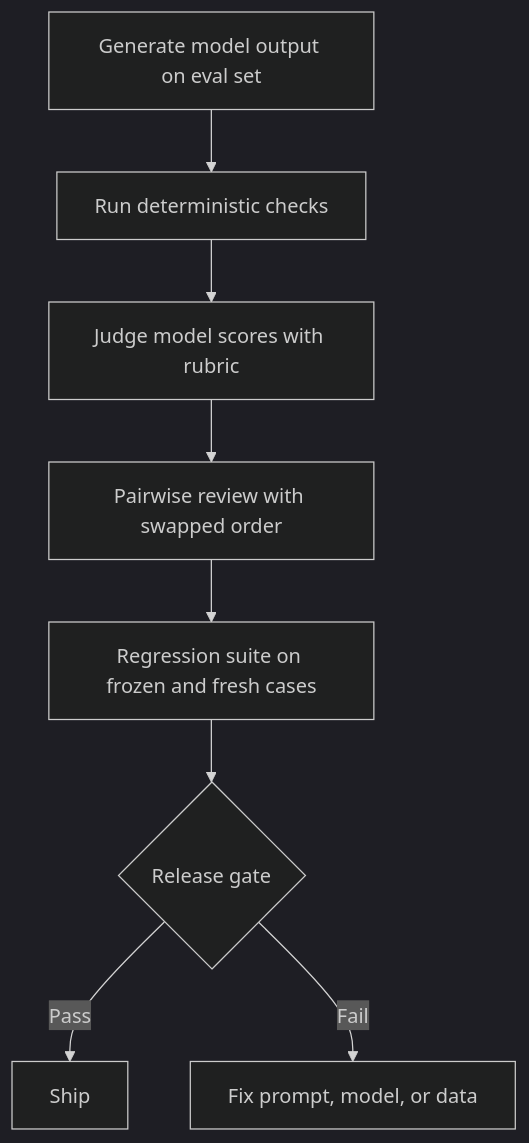
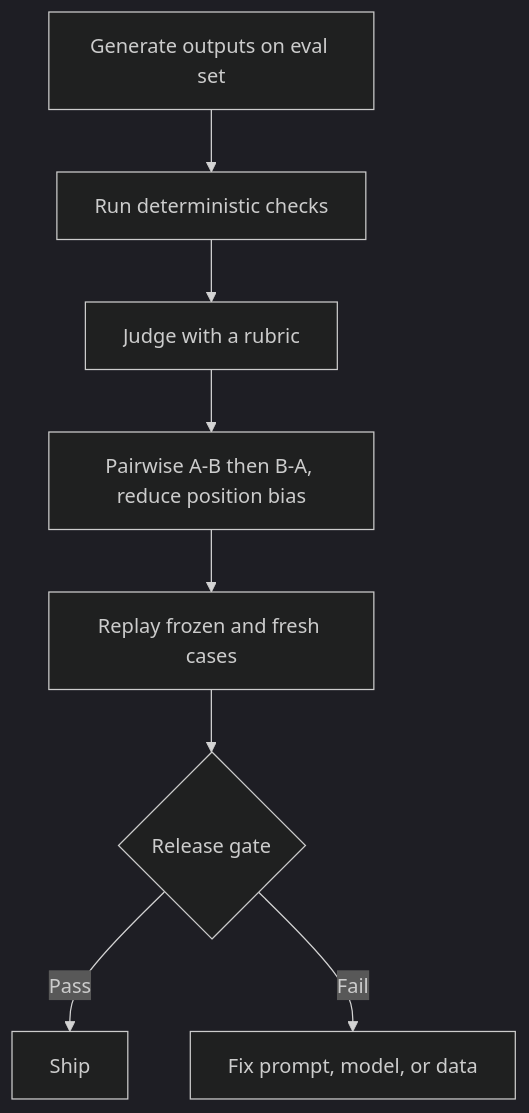
Before and after one commit to grasdouble/sebastien-lemouillour.fr: the diagram in packages/parcels/learn/src/data/content/ia-llm/understanding-llms/automated-llm-evaluation.en.md, drawn with Mermaid (dark theme). The commit also changed other lines of this file and 67 other files, not shown here.

````diff
--- a/packages/parcels/learn/src/data/content/ia-llm/understanding-llms/automated-llm-evaluation.en.md
+++ b/packages/parcels/learn/src/data/content/ia-llm/understanding-llms/automated-llm-evaluation.en.md
@@ -14,10 +14,10 @@
 ```mermaid
 flowchart TD
-  A[Generate model output on eval set] --> B[Run deterministic checks]
-  B --> C[Judge model scores with rubric]
-  C --> D[Pairwise review with swapped order]
-  D --> E[Regression suite on frozen and fresh cases]
+  A[Generate outputs on eval set] --> B[Run deterministic checks]
+  B --> C[Judge with a rubric]
+  C --> D[Pairwise A-B then B-A, reduce position bias]
+  D --> E[Replay frozen and fresh cases]
   E --> F{Release gate}
   F -->|Pass| G[Ship]
   F -->|Fail| H[Fix prompt, model, or data]
 ```
````
